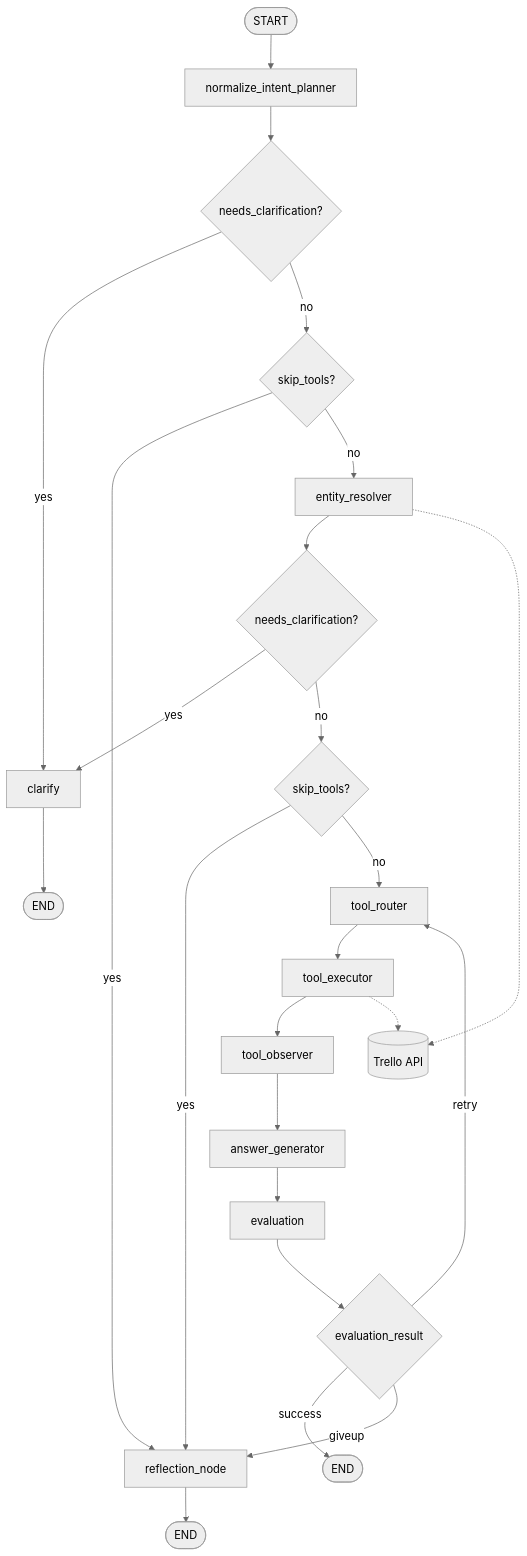
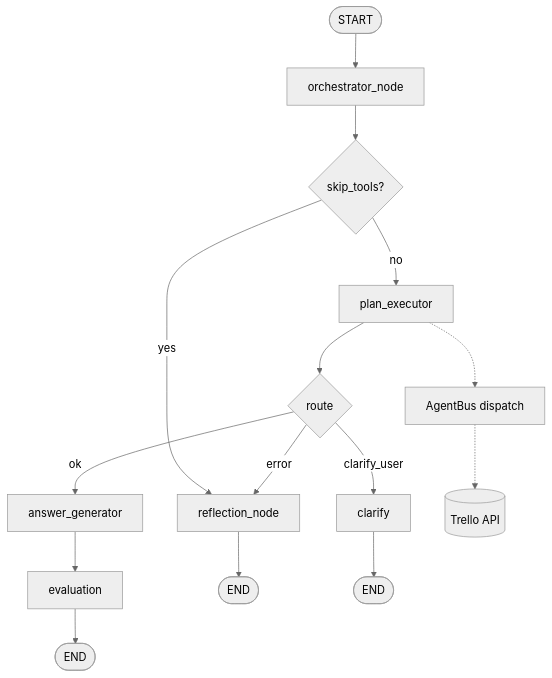
Before and after one commit to raffelprama/trello-agent: the second of 2 diagrams in README.md, drawn with Mermaid (neutral theme). The commit also changed other lines of this file and 29 other files, not shown here.

Commit message:
update multi agent node

````diff
--- a/README.md
+++ b/README.md
@@ -151,26 +153,17 @@
 ```mermaid
 flowchart TD
-    Start([START]) --> Planner[normalize_intent_planner]
-    Planner --> RouteP{needs_clarification?}
-    RouteP -->|yes| Clarify[clarify]
-    RouteP -->|no| RouteSkipP{skip_tools?}
-    RouteSkipP -->|yes| Reflection[reflection_node]
-    RouteSkipP -->|no| EntityResolver[entity_resolver]
-    EntityResolver --> RouteE{needs_clarification?}
-    RouteE -->|yes| Clarify
-    RouteE -->|no| RouteSkipE{skip_tools?}
-    RouteSkipE -->|yes| Reflection
-    RouteSkipE -->|no| ToolRouter[tool_router]
-    ToolRouter --> ToolExecutor[tool_executor]
-    ToolExecutor --> ToolObserver[tool_observer]
-    ToolObserver --> AnswerGen[answer_generator]
+    Start([START]) --> Orch[orchestrator_node]
+    Orch --> RouteO{skip_tools?}
+    RouteO -->|yes| Reflection[reflection_node]
+    RouteO -->|no| PE[plan_executor]
+    PE --> RoutePE{route}
+    RoutePE -->|clarify_user| Clarify[clarify]
+    RoutePE -->|error| Reflection
+    RoutePE -->|ok| AnswerGen[answer_generator]
     AnswerGen --> Evaluation[evaluation]
-    Evaluation --> RouteEval{evaluation_result}
-    RouteEval -->|success| EndSuccess([END])
-    RouteEval -->|retry| ToolRouter
-    RouteEval -->|giveup| Reflection
+    Evaluation --> EndSuccess([END])
     Reflection --> EndReflect([END])
     Clarify --> EndClarify([END])
-    ToolExecutor -.-> Trello[(Trello API)]
-    EntityResolver -.-> Trello
+    PE -.-> Bus[AgentBus dispatch]
+    Bus -.-> Trello[(Trello API)]
 ```
````
